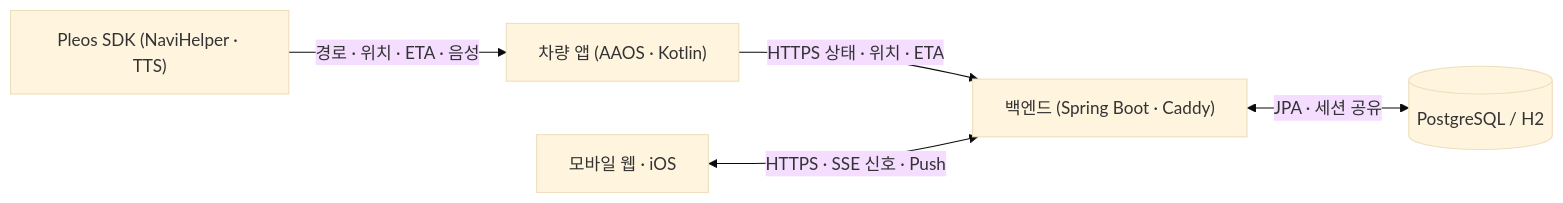
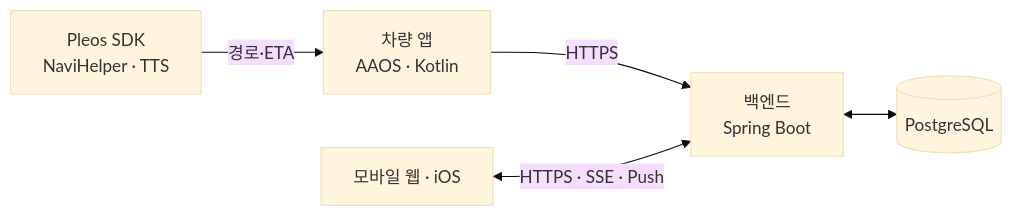
The diagram in README.md (majung-team/majung), drawn with Mermaid (base theme) before and after one commit. The commit also changed other lines of this file, not shown here.

````diff
--- a/README.md
+++ b/README.md
@@ -33,7 +30,7 @@
 ```mermaid
 flowchart LR
-    SDK["Pleos SDK (NaviHelper · TTS)"] -->|"경로 · 위치 · ETA · 음성"| Vehicle["차량 앱 (AAOS · Kotlin)"]
-    Vehicle -->|"HTTPS 상태 · 위치 · ETA"| API["백엔드 (Spring Boot · Caddy)"]
-    API <-->|"JPA · 세션 공유"| DB[("PostgreSQL / H2")]
-    Client["모바일 웹 · iOS"] <-->|"HTTPS · SSE 신호 · Push"| API
+    SDK["Pleos SDK<br/>NaviHelper · TTS"] -->|"경로·ETA"| Vehicle["차량 앱<br/>AAOS · Kotlin"]
+    Vehicle -->|"HTTPS"| API["백엔드<br/>Spring Boot"]
+    Client["모바일 웹 · iOS"] <-->|"HTTPS · SSE · Push"| API
+    API <--> DB[("PostgreSQL")]
 ```
````
